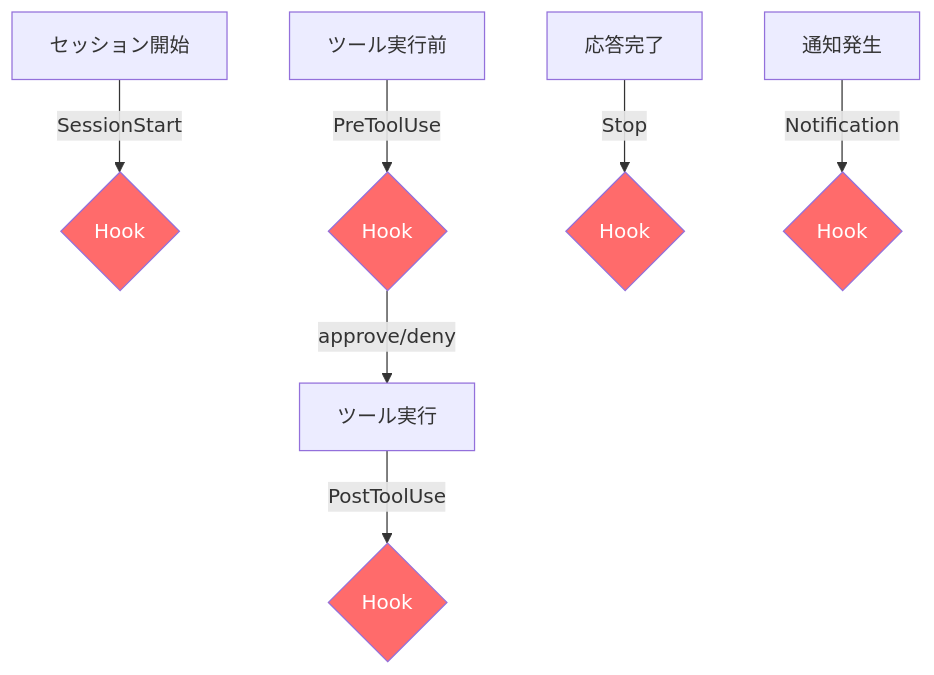
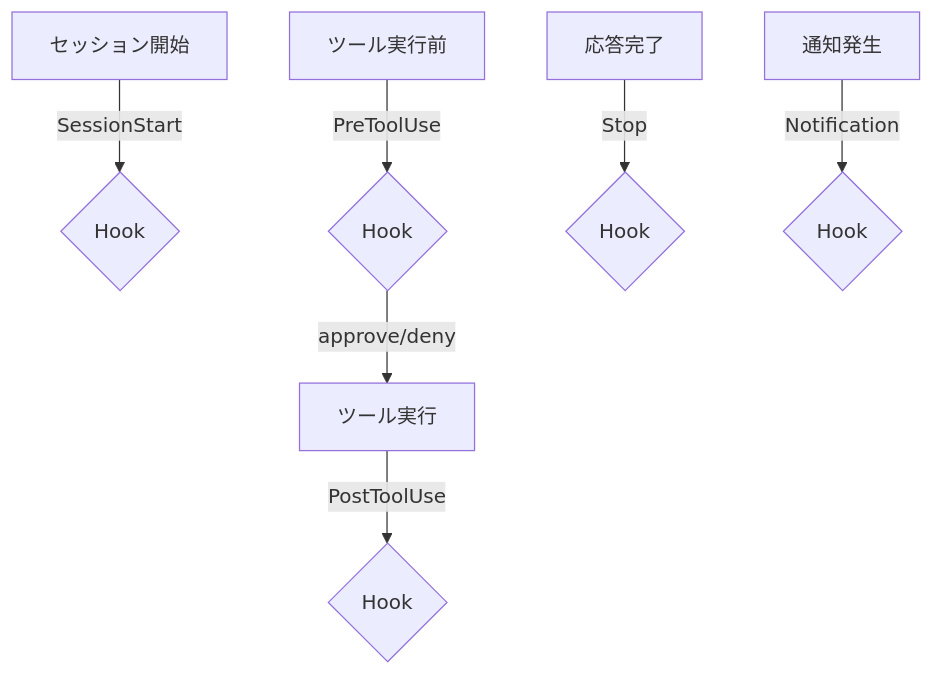
One commit to 0h-n0/zenn-contents changed the second of 2 diagrams in articles/63cf472bad8ea7.md. Above: the diagram before and after it, drawn with Mermaid. The commit also changed other lines of this file and 13 other files, not shown here.

First line of the commit message:
fix: Mermaidダイアグラムのカスタムスタイル(fill/stroke/color)を削除

````diff
--- a/articles/63cf472bad8ea7.md
+++ b/articles/63cf472bad8ea7.md
@@ -320,14 +317,9 @@
 ```mermaid
 graph TD
     A[セッション開始] -->|SessionStart| B{Hook}
     C[ツール実行前] -->|PreToolUse| D{Hook}
     D -->|approve/deny| E[ツール実行]
     E -->|PostToolUse| F{Hook}
     G[応答完了] -->|Stop| H{Hook}
     I[通知発生] -->|Notification| J{Hook}
-    style B fill:#ff6b6b,color:#fff
-    style D fill:#ff6b6b,color:#fff
-    style F fill:#ff6b6b,color:#fff
-    style H fill:#ff6b6b,color:#fff
-    style J fill:#ff6b6b,color:#fff
 ```
````
